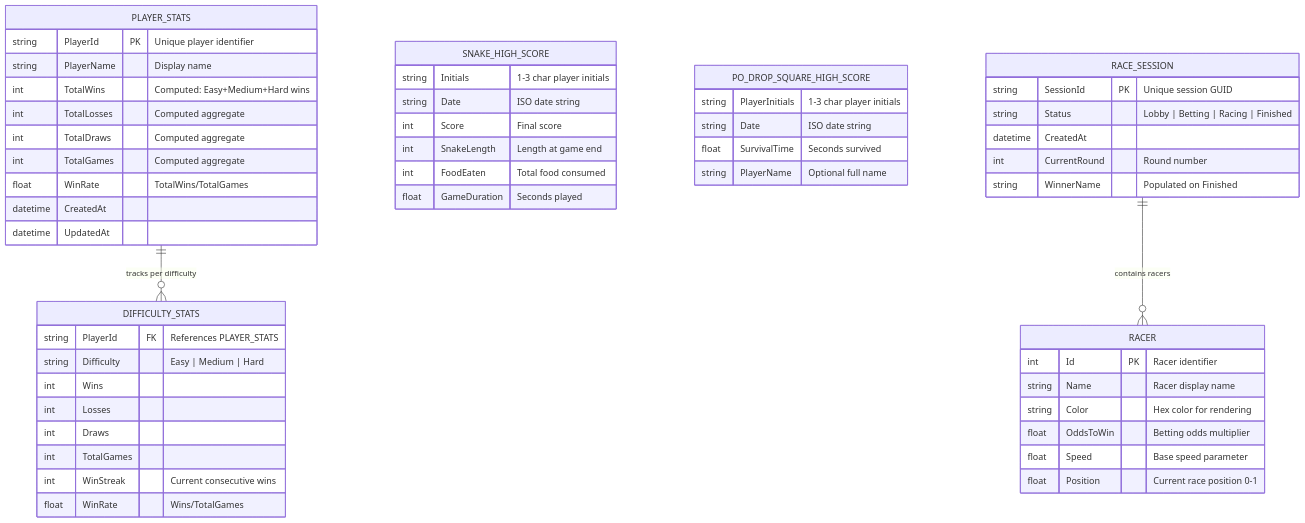
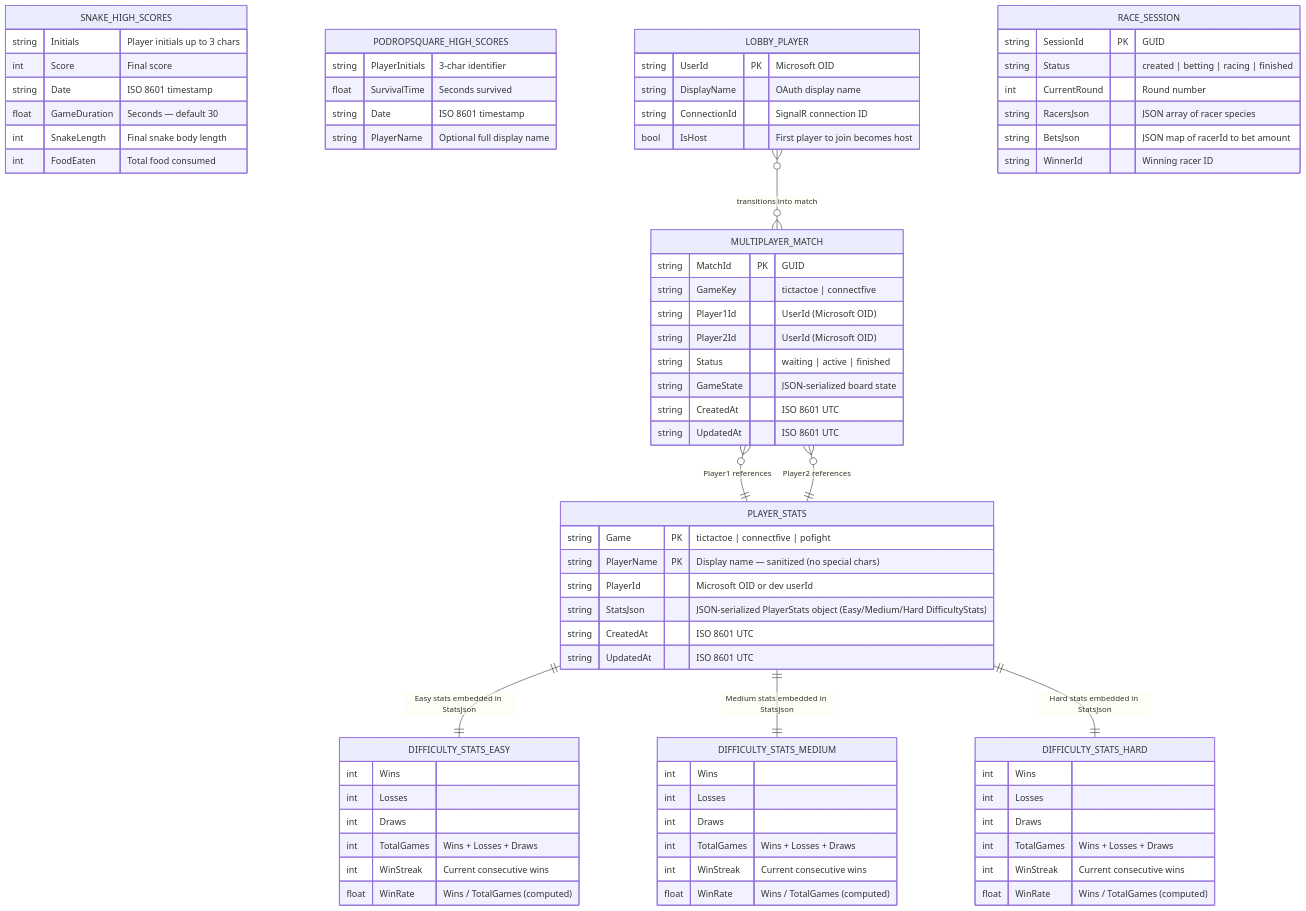
One commit to punkouter26/PoMiniGames changed the diagram in docs/DataModel.mmd. Above: the diagram before and after it, drawn with Mermaid. The commit also changed 124 other files, not shown here.

```diff
--- a/docs/DataModel.mmd
+++ b/docs/DataModel.mmd
@@ -1,59 +1,77 @@
 erDiagram
     PLAYER_STATS {
-        string PlayerId PK "Unique player identifier"
-        string PlayerName "Display name"
-        int TotalWins "Computed: Easy+Medium+Hard wins"
-        int TotalLosses "Computed aggregate"
-        int TotalDraws "Computed aggregate"
-        int TotalGames "Computed aggregate"
-        float WinRate "TotalWins/TotalGames"
-        datetime CreatedAt
-        datetime UpdatedAt
+        string Game PK "tictactoe | connectfive | pofight"
+        string PlayerName PK "Display name — sanitized (no special chars)"
+        string PlayerId "Microsoft OID or dev userId"
+        string StatsJson "JSON-serialized PlayerStats object (Easy/Medium/Hard DifficultyStats)"
+        string CreatedAt "ISO 8601 UTC"
+        string UpdatedAt "ISO 8601 UTC"
     }
-
-    DIFFICULTY_STATS {
-        string PlayerId FK "References PLAYER_STATS"
-        string Difficulty "Easy | Medium | Hard"
+    DIFFICULTY_STATS_EASY {
         int Wins
         int Losses
         int Draws
-        int TotalGames
+        int TotalGames "Wins + Losses + Draws"
         int WinStreak "Current consecutive wins"
-        float WinRate "Wins/TotalGames"
+        float WinRate "Wins / TotalGames (computed)"
     }
-
-    SNAKE_HIGH_SCORE {
-        string Initials "1-3 char player initials"
-        string Date "ISO date string"
+    DIFFICULTY_STATS_MEDIUM {
+        int Wins
+        int Losses
+        int Draws
+        int TotalGames "Wins + Losses + Draws"
+        int WinStreak "Current consecutive wins"
+        float WinRate "Wins / TotalGames (computed)"
+    }
+    DIFFICULTY_STATS_HARD {
+        int Wins
+        int Losses
+        int Draws
+        int TotalGames "Wins + Losses + Draws"
+        int WinStreak "Current consecutive wins"
+        float WinRate "Wins / TotalGames (computed)"
+    }
+    SNAKE_HIGH_SCORES {
+        string Initials "Player initials up to 3 chars"
         int Score "Final score"
-        int SnakeLength "Length at game end"
+        string Date "ISO 8601 timestamp"
+        float GameDuration "Seconds — default 30"
+        int SnakeLength "Final snake body length"
         int FoodEaten "Total food consumed"
-        float GameDuration "Seconds played"
     }
-
-    PO_DROP_SQUARE_HIGH_SCORE {
-        string PlayerInitials "1-3 char player initials"
-        string Date "ISO date string"
+    PODROPSQUARE_HIGH_SCORES {
+        string PlayerInitials "3-char identifier"
         float SurvivalTime "Seconds survived"
-        string PlayerName "Optional full name"
+        string Date "ISO 8601 timestamp"
+        string PlayerName "Optional full display name"
     }
-
-    RACER {
-        int Id PK "Racer identifier"
-        string Name "Racer display name"
-        string Color "Hex color for rendering"
-        float OddsToWin "Betting odds multiplier"
-        float Speed "Base speed parameter"
-        float Position "Current race position 0-1"
+    MULTIPLAYER_MATCH {
+        string MatchId PK "GUID"
+        string GameKey "tictactoe | connectfive"
+        string Player1Id "UserId (Microsoft OID)"
+        string Player2Id "UserId (Microsoft OID)"
+        string Status "waiting | active | finished"
+        string GameState "JSON-serialized board state"
+        string CreatedAt "ISO 8601 UTC"
+        string UpdatedAt "ISO 8601 UTC"
     }
-
+    LOBBY_PLAYER {
+        string UserId PK "Microsoft OID"
+        string DisplayName "OAuth display name"
+        string ConnectionId "SignalR connection ID"
+        bool IsHost "First player to join becomes host"
+    }
     RACE_SESSION {
-        string SessionId PK "Unique session GUID"
-        string Status "Lobby | Betting | Racing | Finished"
-        datetime CreatedAt
+        string SessionId PK "GUID"
+        string Status "created | betting | racing | finished"
         int CurrentRound "Round number"
-        string WinnerName "Populated on Finished"
+        string RacersJson "JSON array of racer species"
+        string BetsJson "JSON map of racerId to bet amount"
+        string WinnerId "Winning racer ID"
     }
-
-    PLAYER_STATS ||--o{ DIFFICULTY_STATS : "tracks per difficulty"
-    RACE_SESSION ||--o{ RACER : "contains racers"
+    PLAYER_STATS ||--|| DIFFICULTY_STATS_EASY : "Easy stats embedded in StatsJson"
+    PLAYER_STATS ||--|| DIFFICULTY_STATS_MEDIUM : "Medium stats embedded in StatsJson"
+    PLAYER_STATS ||--|| DIFFICULTY_STATS_HARD : "Hard stats embedded in StatsJson"
+    MULTIPLAYER_MATCH }o--|| PLAYER_STATS : "Player1 references"
+    MULTIPLAYER_MATCH }o--|| PLAYER_STATS : "Player2 references"
+    LOBBY_PLAYER }o--o{ MULTIPLAYER_MATCH : "transitions into match"
```
